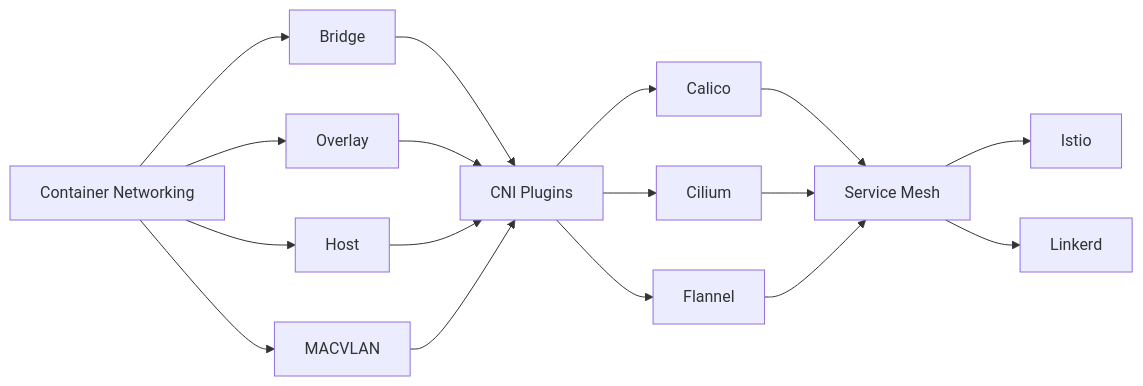
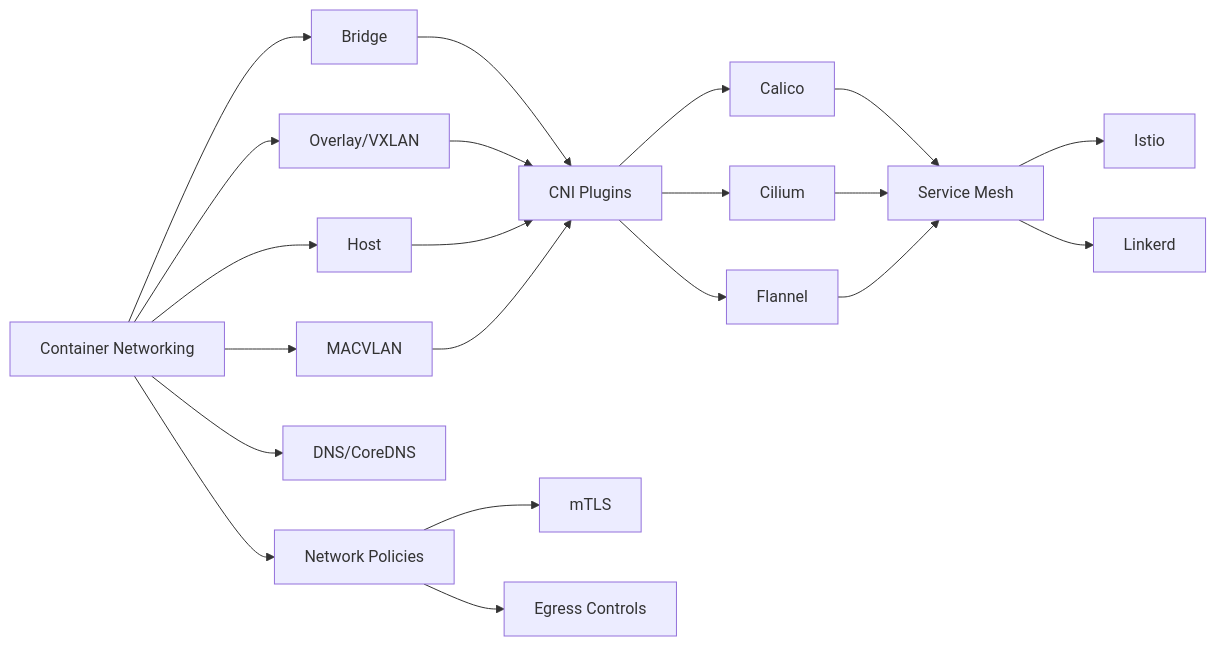
Before and after one commit to Raushan666java/ai-engineering-journey: the diagram in docs/courses/devops/16-networking.md, drawn with Mermaid. The commit also changed other lines of this file and 62 other files, not shown here.

````diff
--- a/docs/courses/devops/16-networking.md
+++ b/docs/courses/devops/16-networking.md
@@ -30,14 +31,18 @@
 ```mermaid
 flowchart LR
     A[Container Networking] --> B[Bridge]
-    A --> C[Overlay]
+    A --> C[Overlay/VXLAN]
     A --> D[Host]
     A --> E[MACVLAN]
     B & C & D & E --> F[CNI Plugins]
     F --> G[Calico]
     F --> H[Cilium]
     F --> I[Flannel]
     G & H & I --> J[Service Mesh]
     J --> K[Istio]
     J --> L[Linkerd]
+    A --> M[DNS/CoreDNS]
+    A --> N[Network Policies]
+    N --> O[mTLS]
+    N --> P[Egress Controls]
 ```
````
